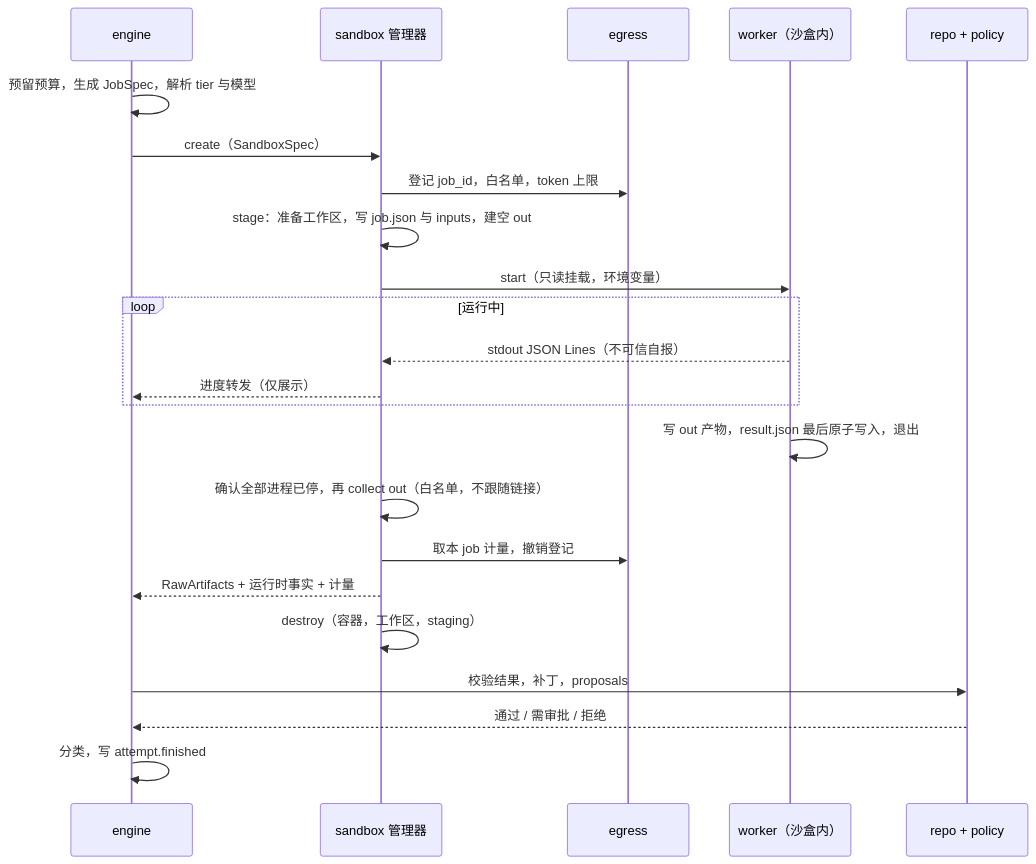
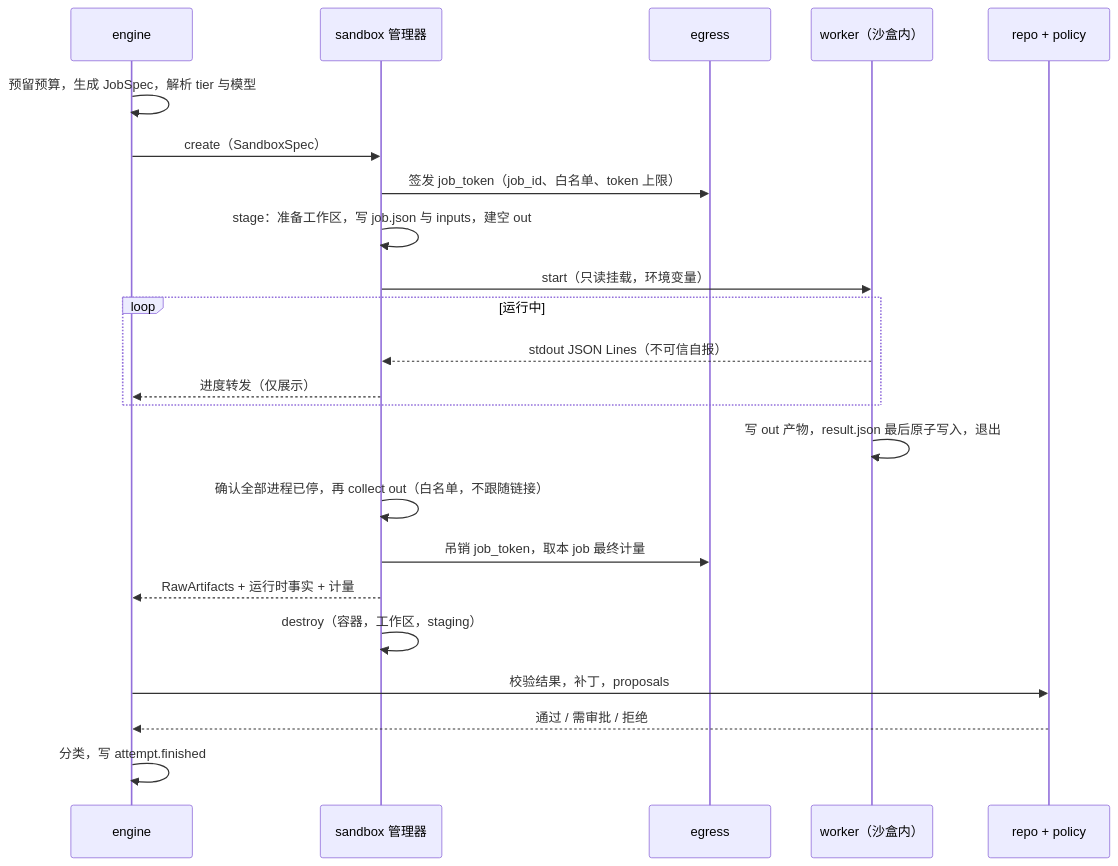
The diagram in docs/interfaces/worker-protocol.md (LeXwDeX/Gantry), drawn with Mermaid before and after one commit. The commit also changed other lines of this file and 10 other files, not shown here.

````diff
--- a/docs/interfaces/worker-protocol.md
+++ b/docs/interfaces/worker-protocol.md
@@ -104,25 +104,25 @@
 ```mermaid
 sequenceDiagram
   participant E as engine
   participant S as sandbox 管理器
   participant X as egress
   participant W as worker（沙盒内）
   participant V as repo + policy
   E->>E: 预留预算，生成 JobSpec，解析 tier 与模型
   E->>S: create（SandboxSpec）
-  S->>X: 登记 job_id，白名单，token 上限
+  S->>X: 签发 job_token（job_id、白名单、token 上限）
   S->>S: stage：准备工作区，写 job.json 与 inputs，建空 out
   S->>W: start（只读挂载，环境变量）
   loop 运行中
     W-->>S: stdout JSON Lines（不可信自报）
     S-->>E: 进度转发（仅展示）
   end
   W->>W: 写 out 产物，result.json 最后原子写入，退出
   S->>S: 确认全部进程已停，再 collect out（白名单，不跟随链接）
-  S->>X: 取本 job 计量，撤销登记
+  S->>X: 吊销 job_token，取本 job 最终计量
   S-->>E: RawArtifacts + 运行时事实 + 计量
   S->>S: destroy（容器，工作区，staging）
   E->>V: 校验结果，补丁，proposals
   V-->>E: 通过 / 需审批 / 拒绝
   E->>E: 分类，写 attempt.finished
 ```
````
